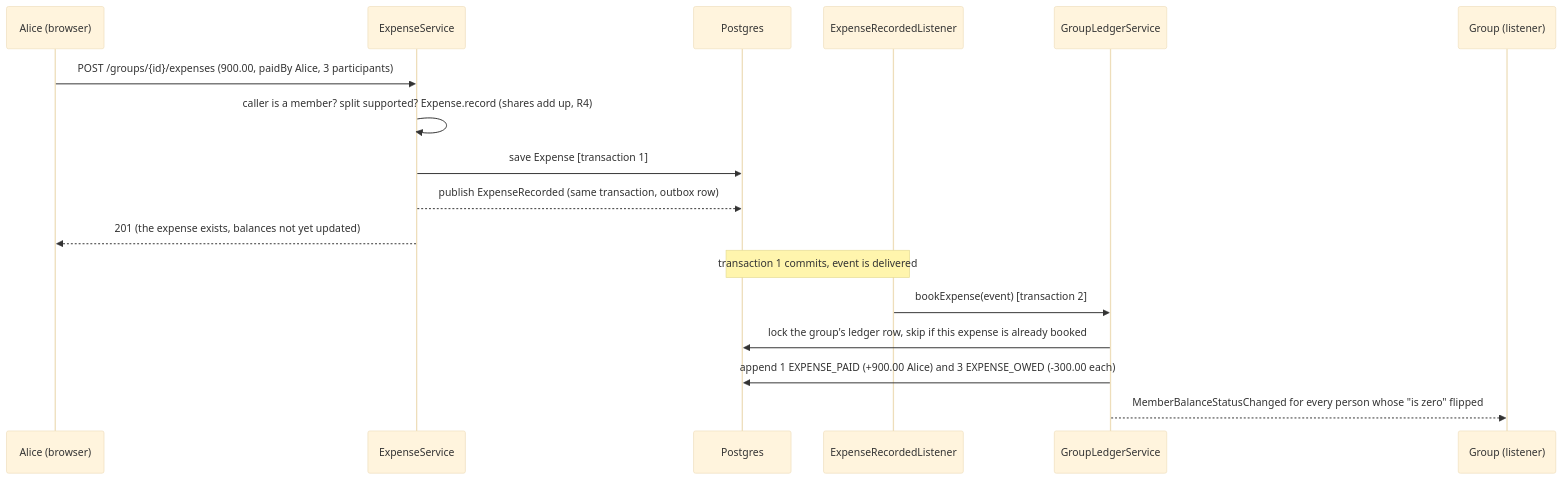
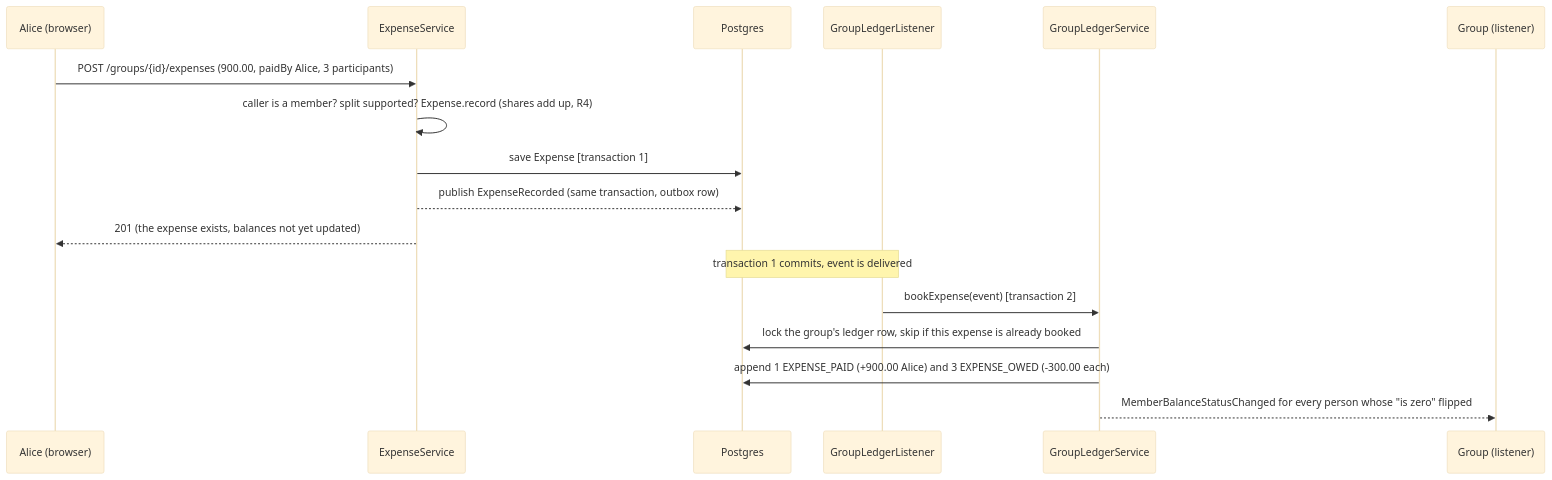
One commit to Ar000sh/sharewise changed the second of 4 diagrams in docs/2026-11-04-money-flow.md. Above: the diagram before and after it, drawn with Mermaid (base theme). The commit also changed other lines of this file and 9 other files, not shown here.

First line of the commit message:
refactor(settlement): one listener for the events that change the ledger

````diff
--- a/docs/2026-11-04-money-flow.md
+++ b/docs/2026-11-04-money-flow.md
@@ -63,19 +60,19 @@
 ```mermaid
 sequenceDiagram
   participant U as Alice (browser)
   participant ES as ExpenseService
   participant DB as Postgres
-  participant L as ExpenseRecordedListener
+  participant L as GroupLedgerListener
   participant GLS as GroupLedgerService
   participant G as Group (listener)
   U->>ES: POST /groups/{id}/expenses (900.00, paidBy Alice, 3 participants)
   ES->>ES: caller is a member? split supported? Expense.record (shares add up, R4)
   ES->>DB: save Expense  [transaction 1]
   ES-->>DB: publish ExpenseRecorded (same transaction, outbox row)
   ES-->>U: 201 (the expense exists, balances not yet updated)
   Note over DB,L: transaction 1 commits, event is delivered
   L->>GLS: bookExpense(event)   [transaction 2]
   GLS->>DB: lock the group's ledger row, skip if this expense is already booked
   GLS->>DB: append 1 EXPENSE_PAID (+900.00 Alice) and 3 EXPENSE_OWED (-300.00 each)
   GLS-->>G: MemberBalanceStatusChanged for every person whose "is zero" flipped
 ```
````
